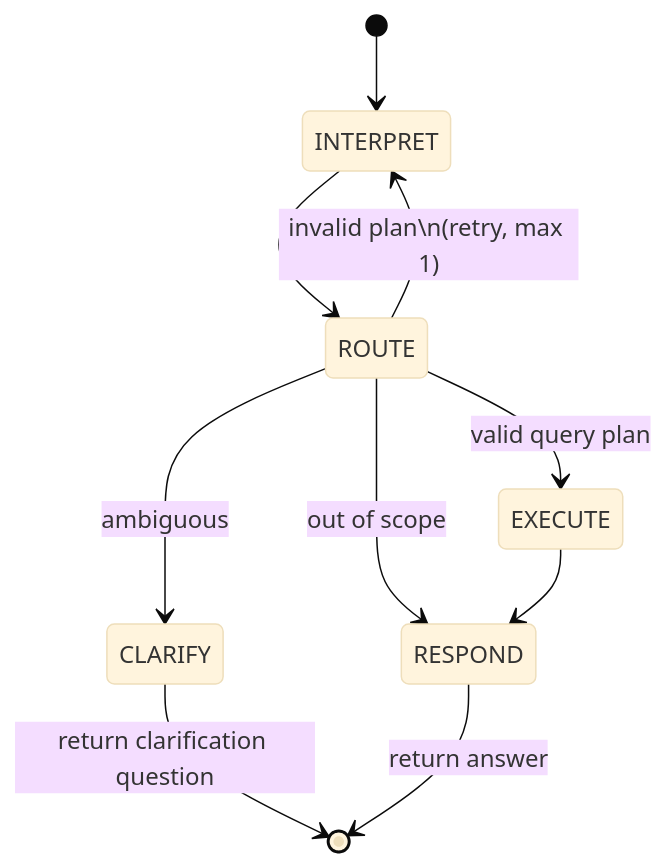
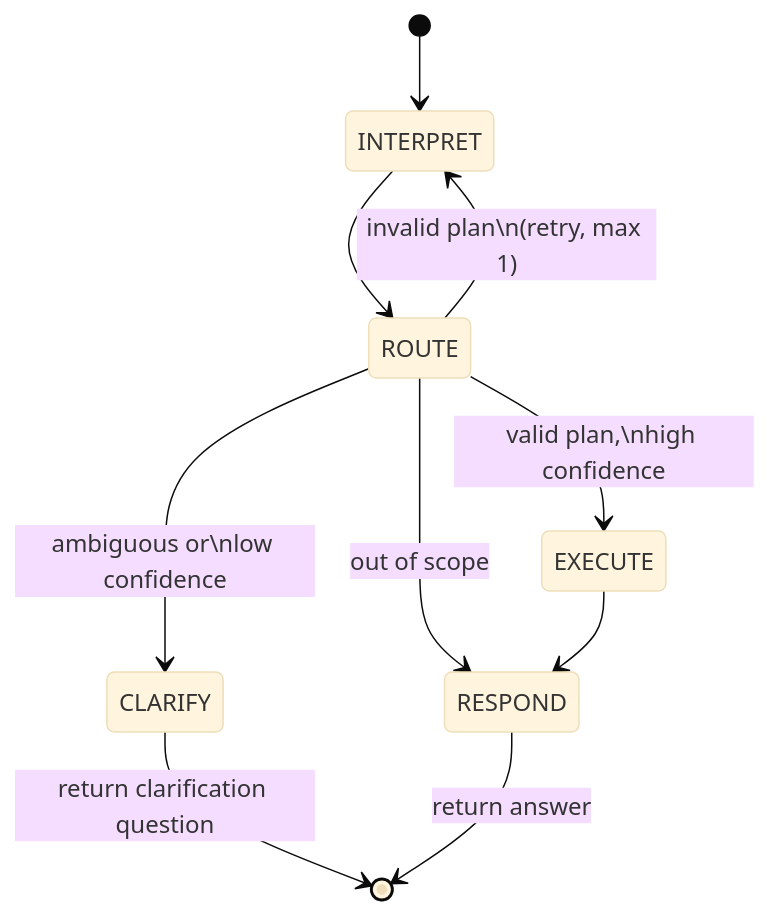
The second of 2 diagrams in README.md (YauheniMikevich/semantic-query-agent), drawn with Mermaid (base theme) before and after one commit. The commit also changed other lines of this file, not shown here.

Commit message:
docs: update README with confidence scoring in architecture and setup (#10)

````diff
--- a/README.md
+++ b/README.md
@@ -22,12 +22,12 @@
 ```mermaid
 stateDiagram-v2
     [*] --> INTERPRET
     INTERPRET --> ROUTE
-    ROUTE --> EXECUTE : valid query plan
-    ROUTE --> CLARIFY : ambiguous
+    ROUTE --> EXECUTE : valid plan,\nhigh confidence
+    ROUTE --> CLARIFY : ambiguous or\nlow confidence
     ROUTE --> RESPOND : out of scope
     ROUTE --> INTERPRET : invalid plan\n(retry, max 1)
     EXECUTE --> RESPOND
     CLARIFY --> [*] : return clarification question
     RESPOND --> [*] : return answer
 ```
````
